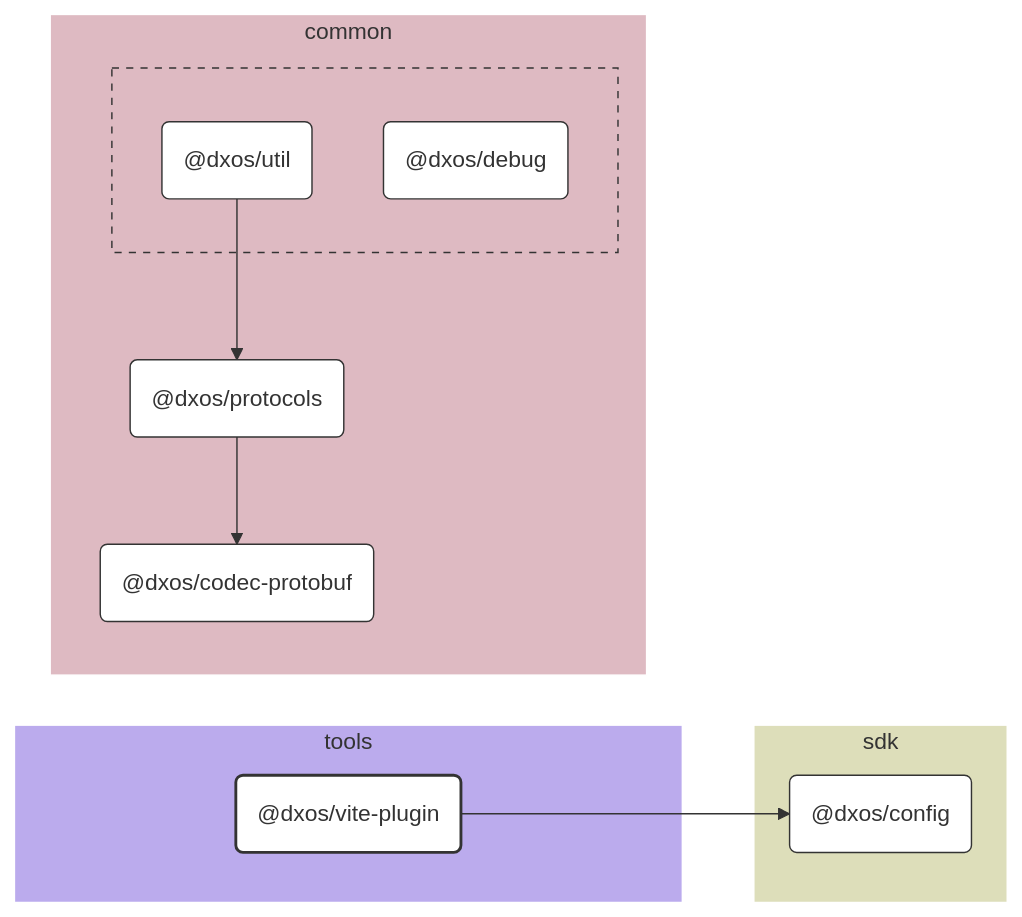
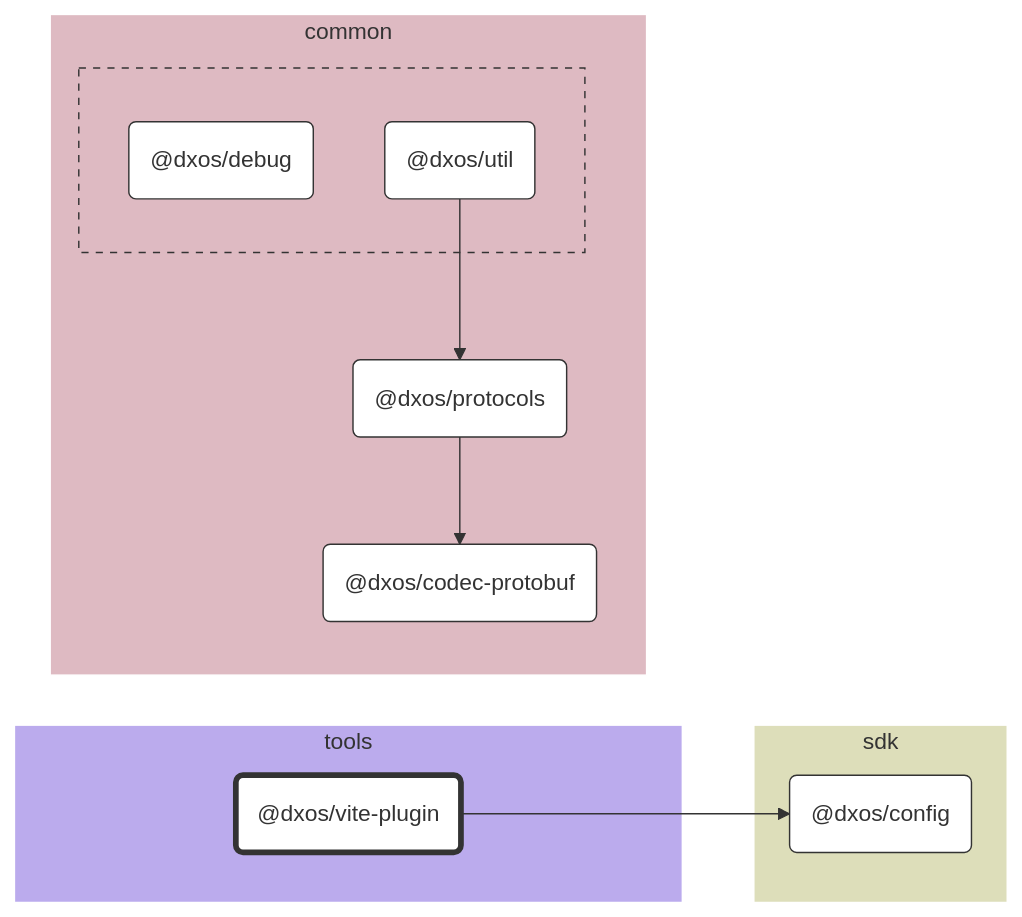
One commit to dxos/dxos changed the diagram in tools/vite-plugin/docs/README.md. Above: the diagram before and after it, drawn with Mermaid. The commit also changed 104 other files, not shown here.

````diff
--- a/tools/vite-plugin/docs/README.md
+++ b/tools/vite-plugin/docs/README.md
@@ -7,58 +7,45 @@
 ```mermaid
 %%{ init: {'flowchart':{'curve':'basis'}} }%%
 
 flowchart LR
 
-%% Links
-dxos/protocols --> dxos/codec-protobuf;
-dxos/util --> dxos/protocols;
-dxos/vite-plugin --> dxos/config;
+%% Classes
+classDef def fill:#fff,stroke:#333,stroke-width:1px
+classDef root fill:#fff,stroke:#333,stroke-width:4px
 
-%% Sections
-subgraph tools
-  style tools fill:#bbabed,stroke:#fff;
+%% Nodes
 
-  dxos/vite-plugin("@dxos/vite-plugin")
+subgraph tools [tools]
+  style tools fill:#bbabed,stroke:#fff
+  dxos/vite-plugin("@dxos/vite-plugin"):::root
+  click dxos/vite-plugin "dxos/dxos/tree/main/tools/vite-plugin/docs"
 end
 
-subgraph sdk
-  style sdk fill:#dddeba,stroke:#fff;
-
-  dxos/config("@dxos/config")
+subgraph sdk [sdk]
+  style sdk fill:#dddeba,stroke:#fff
+  dxos/config("@dxos/config"):::def
+  click dxos/config "dxos/dxos/tree/main/packages/sdk/config/docs"
 end
 
-subgraph common
-  style common fill:#debac2,stroke:#fff;
-
-  dxos/codec-protobuf("@dxos/codec-protobuf")
-  dxos/protocols("@dxos/protocols")
+subgraph common [common]
+  style common fill:#debac2,stroke:#fff
+  dxos/codec-protobuf("@dxos/codec-protobuf"):::def
+  click dxos/codec-protobuf "dxos/dxos/tree/main/packages/common/codec-protobuf/docs"
+  dxos/protocols("@dxos/protocols"):::def
+  click dxos/protocols "dxos/dxos/tree/main/packages/common/protocols/docs"
 
   subgraph common-excluded [ ]
-    style common-excluded fill:#debac2,stroke:#333,stroke-dasharray:5 5;
-
-    dxos/debug("@dxos/debug")
-    dxos/util("@dxos/util")
+    style common-excluded fill:#debac2,stroke:#333,stroke-dasharray:5 5
+    dxos/debug("@dxos/debug"):::def
+    click dxos/debug "dxos/dxos/tree/main/packages/common/debug/docs"
+    dxos/util("@dxos/util"):::def
+    click dxos/util "dxos/dxos/tree/main/packages/common/util/docs"
   end
 end
 
-
-%% Hyperlinks
-click dxos/codec-protobuf "dxos/dxos/tree/main/packages/common/codec-protobuf/docs";
-click dxos/config "dxos/dxos/tree/main/packages/sdk/config/docs";
-click dxos/debug "dxos/dxos/tree/main/packages/common/debug/docs";
-click dxos/protocols "dxos/dxos/tree/main/packages/common/protocols/docs";
-click dxos/util "dxos/dxos/tree/main/packages/common/util/docs";
-
-%% Styles
-classDef rootNode fill:#fff,stroke:#333,stroke-width:2px
-classDef defaultNode fill:#fff,stroke:#333,stroke-width:1px
+%% Links
 linkStyle default stroke:#333,stroke-width:1px
-
-dxos/vite-plugin:::rootNode
-
-dxos/codec-protobuf:::defaultNode
-dxos/config:::defaultNode
-dxos/debug:::defaultNode
-dxos/protocols:::defaultNode
-dxos/util:::defaultNode
+dxos/vite-plugin --> dxos/config
+dxos/protocols --> dxos/codec-protobuf
+dxos/util --> dxos/protocols
 ```
````
